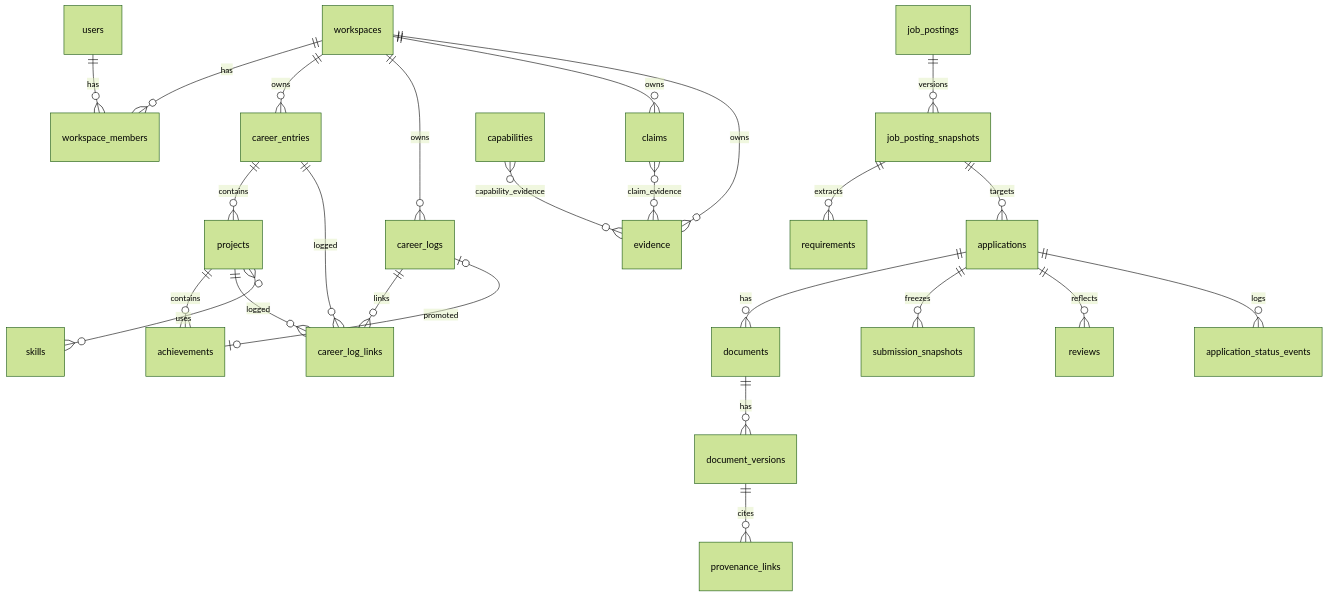
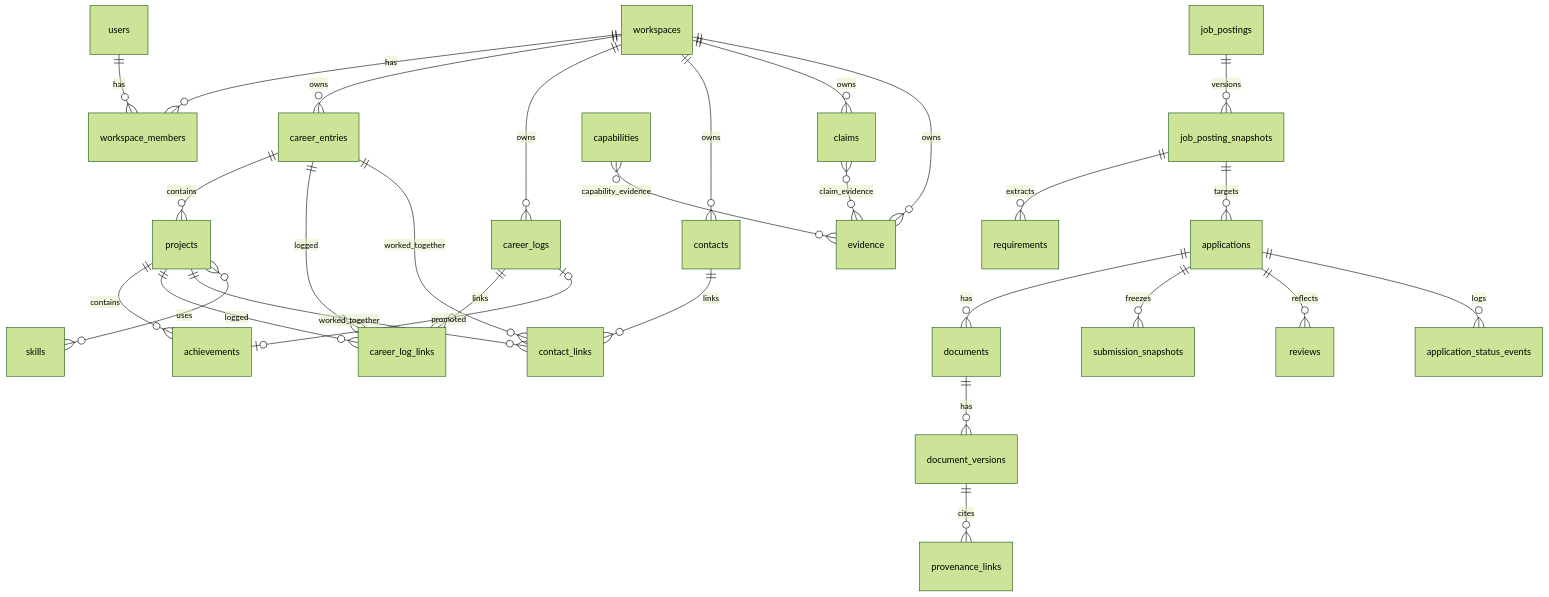
Before and after one commit to polynomeer/proofu: the diagram in docs/data/erd.md, drawn with Mermaid (forest theme). The commit also changed other lines of this file and 11 other files, not shown here.

````diff
--- a/docs/data/erd.md
+++ b/docs/data/erd.md
@@ -26,27 +27,31 @@
 ```mermaid
 erDiagram
   users ||--o{ workspace_members : has
   workspaces ||--o{ workspace_members : has
   workspaces ||--o{ career_entries : owns
   career_entries ||--o{ projects : contains
   projects ||--o{ achievements : contains
   workspaces ||--o{ career_logs : owns
   career_logs ||--o{ career_log_links : links
   career_entries ||--o{ career_log_links : logged
   projects ||--o{ career_log_links : logged
   career_logs |o--o| achievements : promoted
+  workspaces ||--o{ contacts : owns
+  contacts ||--o{ contact_links : links
+  career_entries ||--o{ contact_links : worked_together
+  projects ||--o{ contact_links : worked_together
   projects }o--o{ skills : uses
   workspaces ||--o{ claims : owns
   workspaces ||--o{ evidence : owns
   claims }o--o{ evidence : claim_evidence
   capabilities }o--o{ evidence : capability_evidence
   job_postings ||--o{ job_posting_snapshots : versions
   job_posting_snapshots ||--o{ requirements : extracts
   job_posting_snapshots ||--o{ applications : targets
   applications ||--o{ documents : has
   documents ||--o{ document_versions : has
   document_versions ||--o{ provenance_links : cites
   applications ||--o{ submission_snapshots : freezes
   applications ||--o{ reviews : reflects
   applications ||--o{ application_status_events : logs
 ```
````
